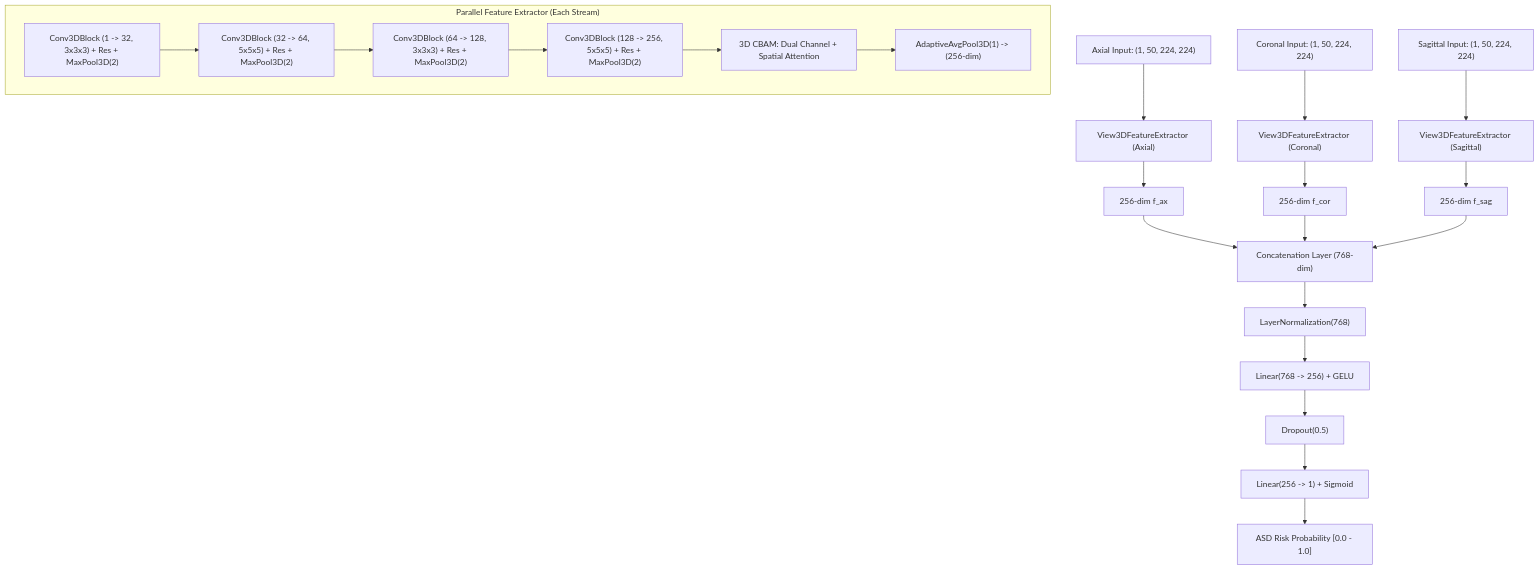
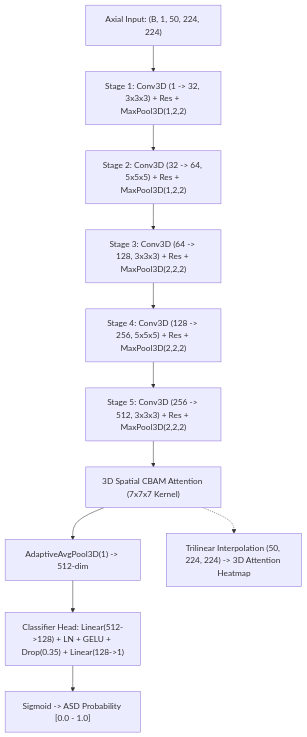
One commit to gitruparel/NeuroFramework-ai changed the diagram in context.md. Above: the diagram before and after it, drawn with Mermaid. The commit also changed other lines of this file, not shown here.

Commit message:
docs: Update context.md with Modal A100 training results, dedicated axial architecture, and responsive UI specs

````diff
--- a/context.md
+++ b/context.md
@@ -108,27 +117,14 @@
 ```mermaid
 graph TD
-    Axial["Axial Input: (1, 50, 224, 224)"] --> StreamAx["View3DFeatureExtractor (Axial)"]
-    Coronal["Coronal Input: (1, 50, 224, 224)"] --> StreamCor["View3DFeatureExtractor (Coronal)"]
-    Sagittal["Sagittal Input: (1, 50, 224, 224)"] --> StreamSag["View3DFeatureExtractor (Sagittal)"]
+    Axial["Axial Input: (B, 1, 50, 224, 224)"] --> S1["Stage 1: Conv3D (1 -> 32, 3x3x3) + Res + MaxPool3D(1,2,2)"]
+    S1 --> S2["Stage 2: Conv3D (32 -> 64, 5x5x5) + Res + MaxPool3D(1,2,2)"]
+    S2 --> S3["Stage 3: Conv3D (64 -> 128, 3x3x3) + Res + MaxPool3D(2,2,2)"]
+    S3 --> S4["Stage 4: Conv3D (128 -> 256, 5x5x5) + Res + MaxPool3D(2,2,2)"]
+    S4 --> S5["Stage 5: Conv3D (256 -> 512, 3x3x3) + Res + MaxPool3D(2,2,2)"]
+    S5 --> CBAM["3D Spatial CBAM Attention (7x7x7 Kernel)"]
+    CBAM --> GAP["AdaptiveAvgPool3D(1) -> 512-dim"]
+    GAP --> Head["Classifier Head: Linear(512->128) + LN + GELU + Drop(0.35) + Linear(128->1)"]
+    Head --> Sigmoid["Sigmoid -> ASD Probability [0.0 - 1.0]"]
     
-    subgraph "Parallel Feature Extractor (Each Stream)"
-        B1["Conv3DBlock (1 -> 32, 3x3x3) + Res + MaxPool3D(2)"]
-        B2["Conv3DBlock (32 -> 64, 5x5x5) + Res + MaxPool3D(2)"]
-        B3["Conv3DBlock (64 -> 128, 3x3x3) + Res + MaxPool3D(2)"]
-        B4["Conv3DBlock (128 -> 256, 5x5x5) + Res + MaxPool3D(2)"]
-        CBAM["3D CBAM: Dual Channel + Spatial Attention"]
-        GAP["AdaptiveAvgPool3D(1) -> (256-dim)"]
-        B1 --> B2 --> B3 --> B4 --> CBAM --> GAP
-    end
-
-    StreamAx --> FeatAx["256-dim f_ax"]
-    StreamCor --> FeatCor["256-dim f_cor"]
-    StreamSag --> FeatSag["256-dim f_sag"]
-
-    FeatAx & FeatCor & FeatSag --> Concat["Concatenation Layer (768-dim)"]
-    Concat --> LN["LayerNormalization(768)"]
-    LN --> Dense["Linear(768 -> 256) + GELU"]
-    Dense --> Drop["Dropout(0.5)"]
-    Drop --> Out["Linear(256 -> 1) + Sigmoid"]
-    Out --> Score["ASD Risk Probability [0.0 - 1.0]"]
+    CBAM -.-> AttHook["Trilinear Interpolation (50, 224, 224) -> 3D Attention Heatmap"]
 ```
````
